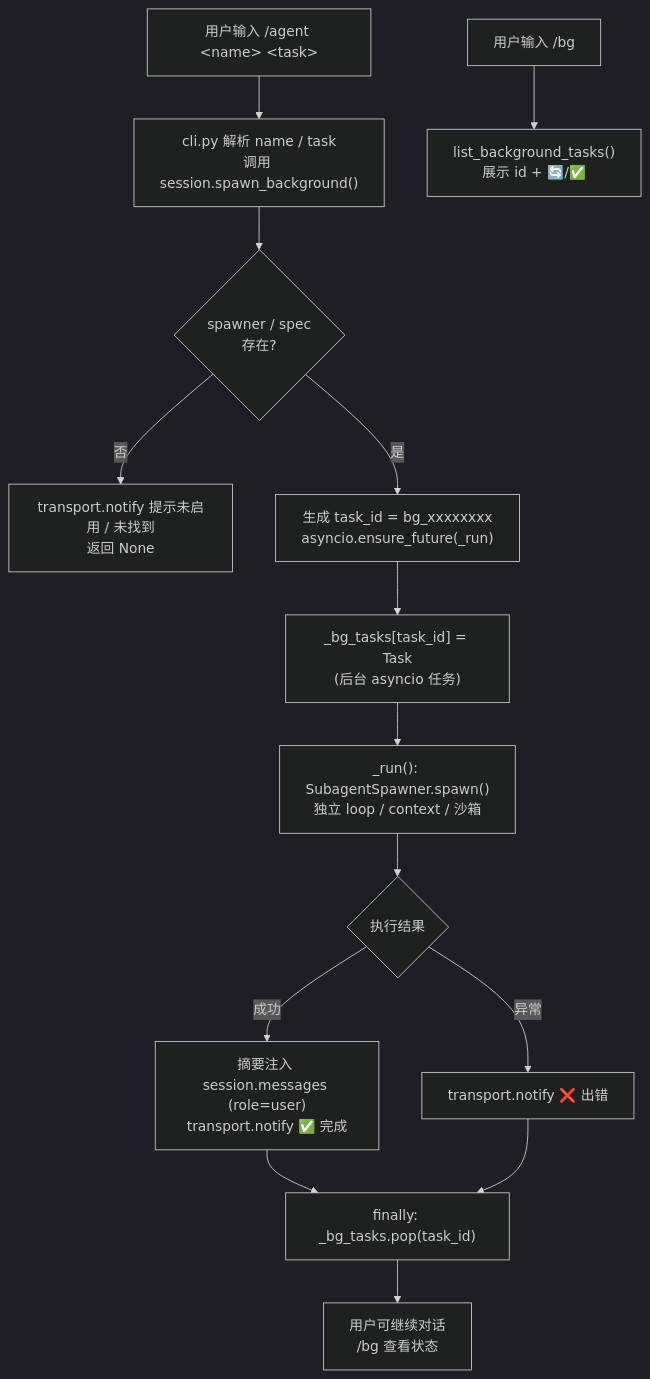
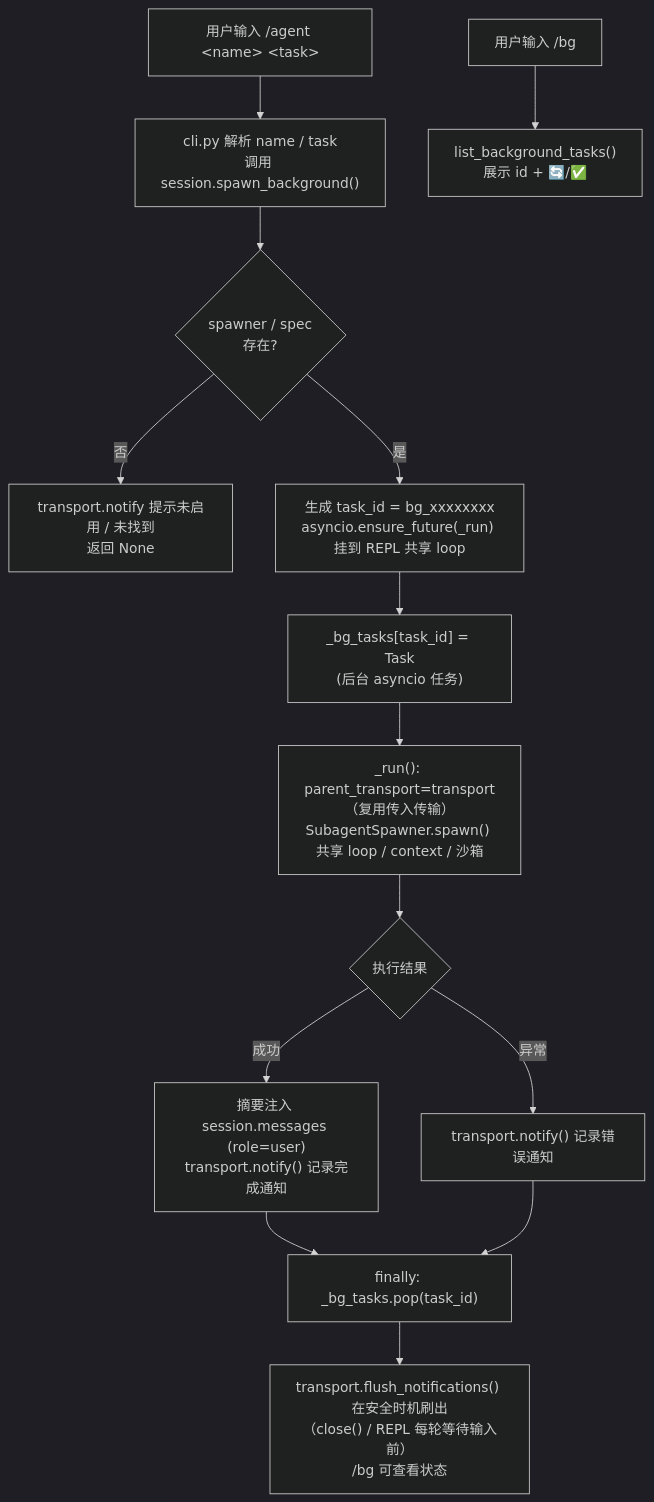
Before and after one commit to SyncFunc/work-agent: the diagram in milestones/M5-扩展能力/5.4.1-后台Agent介绍.md, drawn with Mermaid (dark theme). The commit also changed other lines of this file and 14 other files, not shown here.

Commit message:
M4.5 上下文集成与固定底座：build_context_manager/AGENTS.md 注入/System Prompt 静态动态分离/Loop+Session 接入

````diff
--- a/milestones/M5-扩展能力/5.4.1-后台Agent介绍.md
+++ b/milestones/M5-扩展能力/5.4.1-后台Agent介绍.md
@@ -136,16 +176,16 @@
 ```mermaid
 flowchart TD
     U["用户输入 /agent &lt;name&gt; &lt;task&gt;"] --> P["cli.py 解析 name / task<br/>调用 session.spawn_background()"]
     P --> C{"spawner / spec<br/>存在?"}
     C -->|"否"| N1["transport.notify 提示未启用 / 未找到<br/>返回 None"]
-    C -->|"是"| T["生成 task_id = bg_xxxxxxxx<br/>asyncio.ensure_future(_run)"]
+    C -->|"是"| T["生成 task_id = bg_xxxxxxxx<br/>asyncio.ensure_future(_run) 挂到 REPL 共享 loop"]
     T --> BG["_bg_tasks[task_id] = Task<br/>(后台 asyncio 任务)"]
-    BG --> R["_run(): SubagentSpawner.spawn()<br/>独立 loop / context / 沙箱"]
+    BG --> R["_run(): parent_transport=transport（复用传入传输）<br/>SubagentSpawner.spawn() 共享 loop / context / 沙箱"]
     R --> S{"执行结果"}
-    S -->|"成功"| OK["摘要注入 session.messages (role=user)<br/>transport.notify ✅ 完成"]
-    S -->|"异常"| ERR["transport.notify ❌ 出错"]
+    S -->|"成功"| OK["摘要注入 session.messages (role=user)<br/>transport.notify() 记录完成通知"]
+    S -->|"异常"| ERR["transport.notify() 记录错误通知"]
     OK --> F["finally: _bg_tasks.pop(task_id)"]
     ERR --> F
-    F --> W["用户可继续对话<br/>/bg 查看状态"]
+    F --> W["transport.flush_notifications() 在安全时机刷出<br/>（close() / REPL 每轮等待输入前）<br/>/bg 可查看状态"]
     U2["用户输入 /bg"] --> L["list_background_tasks()<br/>展示 id + 🔄/✅"]
 ```
````
